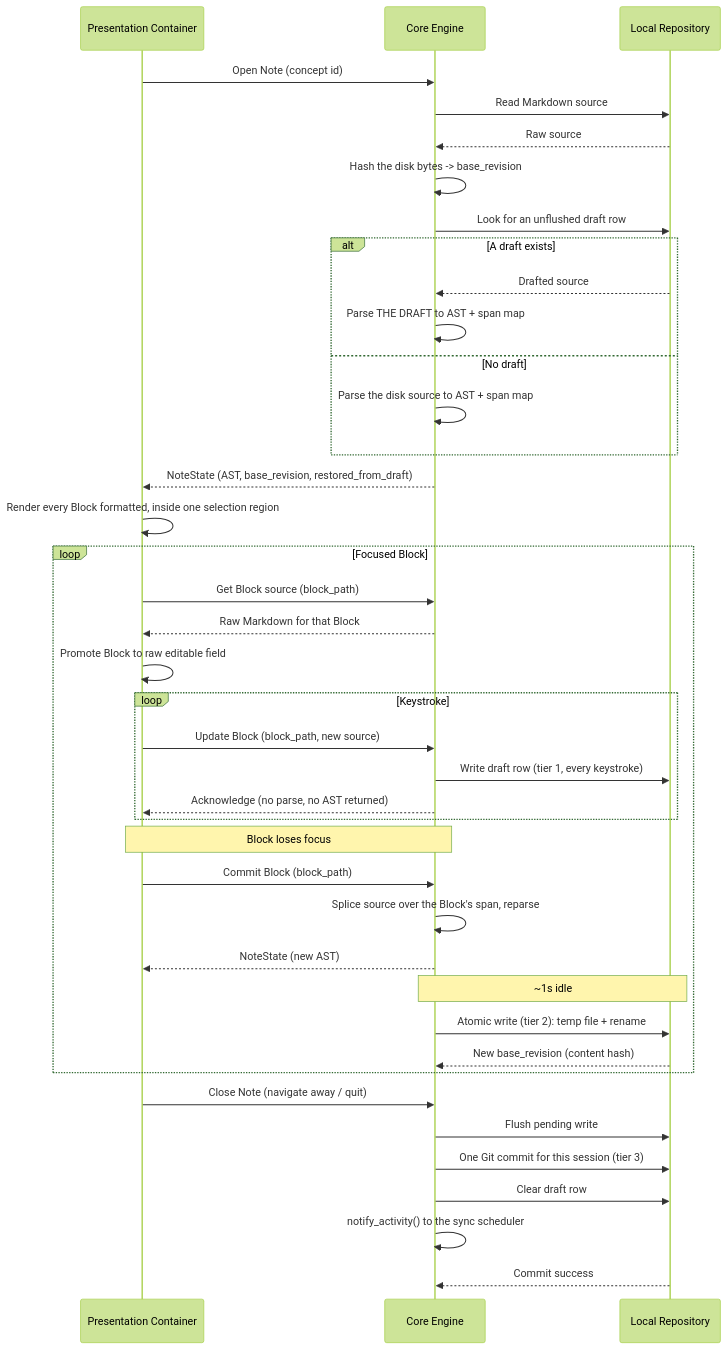
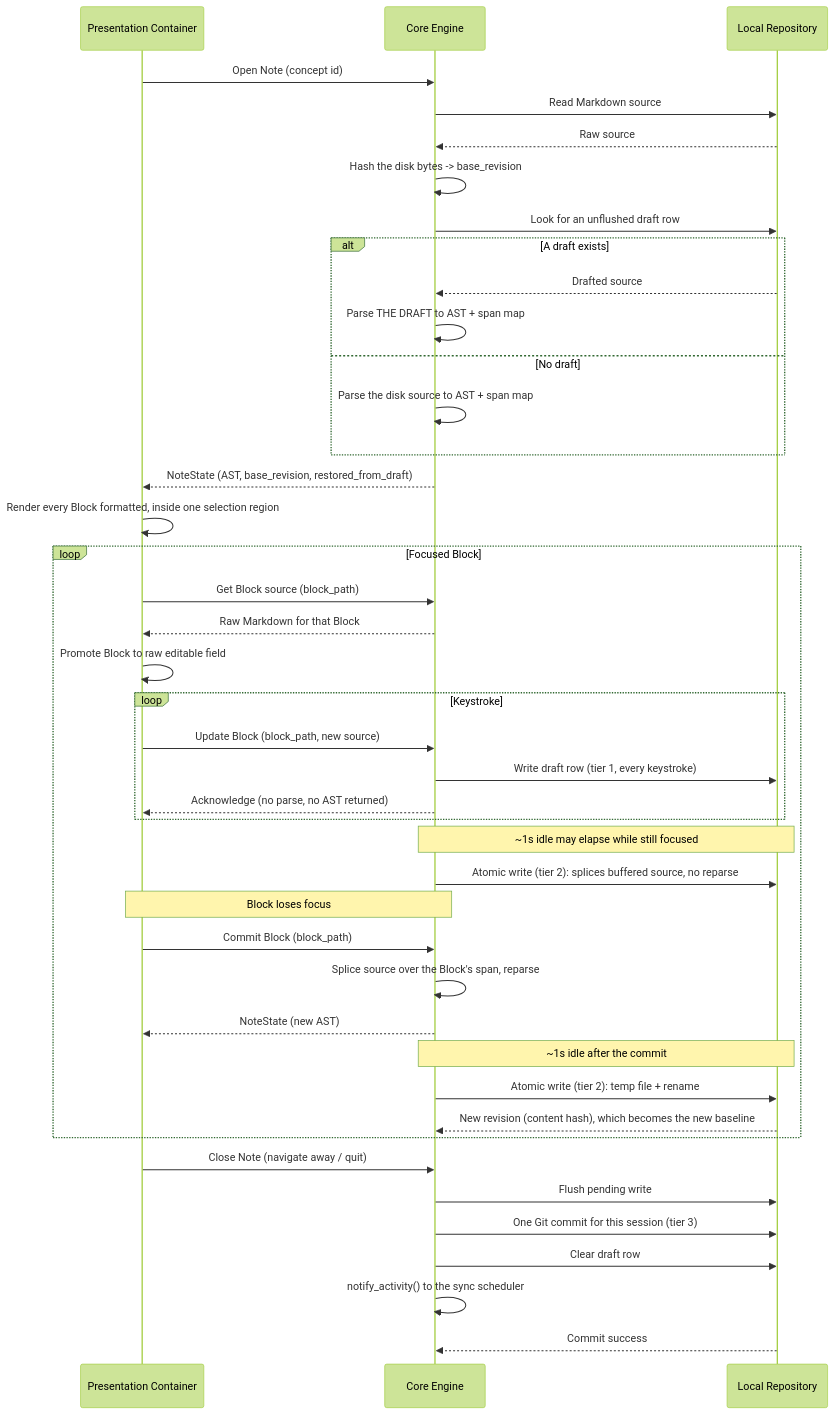
The diagram in .constitution/architecture/flows/flow-edit-note.md (SkrOYC/burlmd), drawn with Mermaid (forest theme) before and after one commit. The commit also changed 13 other files, not shown here.

````diff
--- a/.constitution/architecture/flows/flow-edit-note.md
+++ b/.constitution/architecture/flows/flow-edit-note.md
@@ -5,49 +5,52 @@
 ```mermaid
 sequenceDiagram
     participant UI as Presentation Container
     participant Core as Core Engine
     participant Local as Local Repository
 
     UI->>Core: Open Note (concept id)
     Core->>Local: Read Markdown source
     Local-->>Core: Raw source
     Core->>Core: Hash the disk bytes -> base_revision
     Core->>Local: Look for an unflushed draft row
     alt A draft exists
         Local-->>Core: Drafted source
         Core->>Core: Parse THE DRAFT to AST + span map
     else No draft
         Core->>Core: Parse the disk source to AST + span map
     end
     Core-->>UI: NoteState (AST, base_revision, restored_from_draft)
 
     UI->>UI: Render every Block formatted, inside one selection region
 
     loop Focused Block
         UI->>Core: Get Block source (block_path)
         Core-->>UI: Raw Markdown for that Block
         UI->>UI: Promote Block to raw editable field
 
         loop Keystroke
             UI->>Core: Update Block (block_path, new source)
             Core->>Local: Write draft row (tier 1, every keystroke)
             Core-->>UI: Acknowledge (no parse, no AST returned)
         end
 
+        Note over Core,Local: ~1s idle may elapse while still focused
+        Core->>Local: Atomic write (tier 2): splices buffered source, no reparse
+
         Note over UI,Core: Block loses focus
         UI->>Core: Commit Block (block_path)
         Core->>Core: Splice source over the Block's span, reparse
         Core-->>UI: NoteState (new AST)
 
-        Note over Core,Local: ~1s idle
+        Note over Core,Local: ~1s idle after the commit
         Core->>Local: Atomic write (tier 2): temp file + rename
-        Local-->>Core: New base_revision (content hash)
+        Local-->>Core: New revision (content hash), which becomes the new baseline
     end
 
     UI->>Core: Close Note (navigate away / quit)
     Core->>Local: Flush pending write
     Core->>Local: One Git commit for this session (tier 3)
     Core->>Local: Clear draft row
     Core->>Core: notify_activity() to the sync scheduler
     Local-->>Core: Commit success
 ```
````
